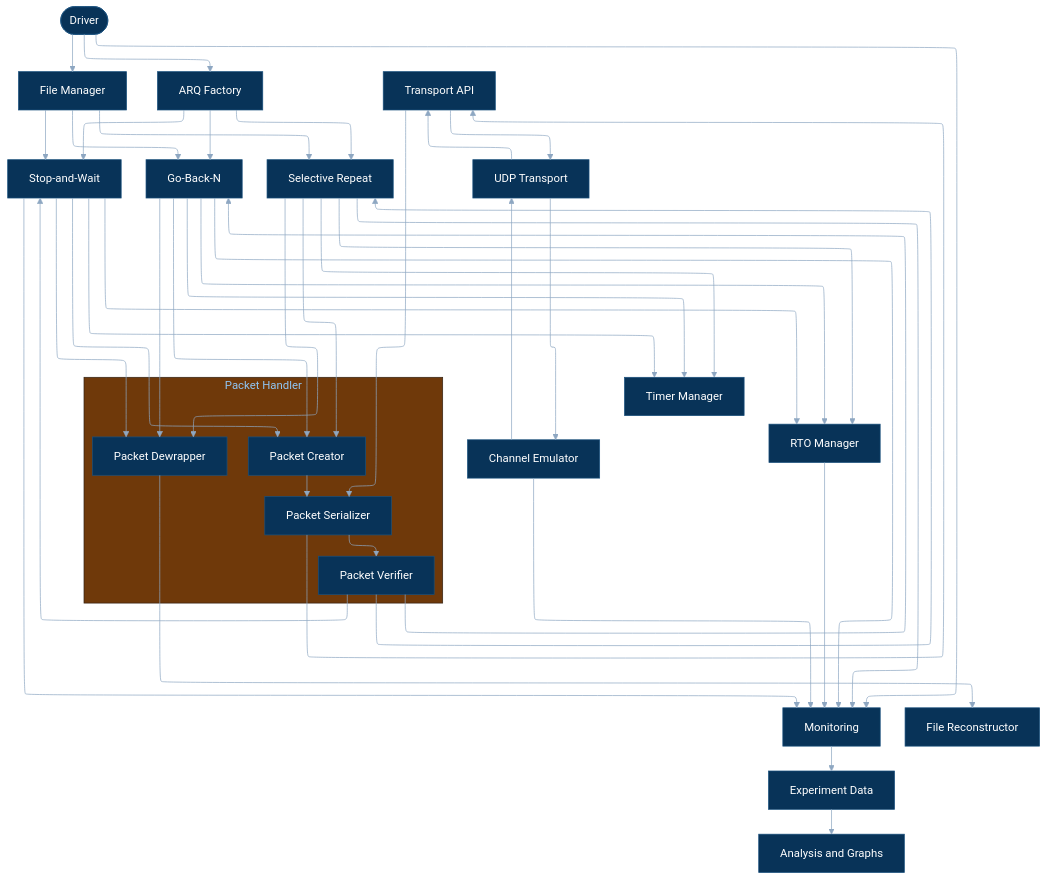
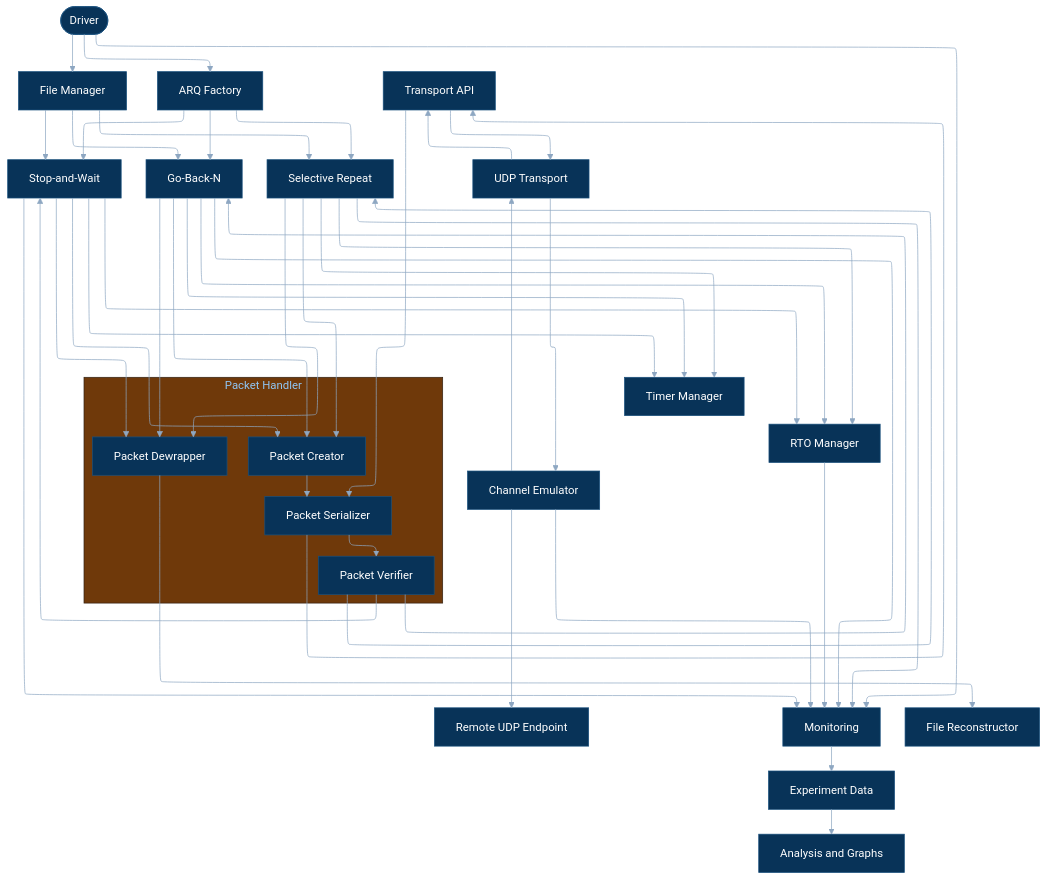
Before and after one commit to Siddharth-Nath-06/Reliable-UDP: the first of 9 diagrams in docs/architecture.md, drawn with Mermaid. The commit also changed other lines of this file, not shown here.

```diff
--- a/docs/architecture.md
+++ b/docs/architecture.md
@@ -37,6 +37,7 @@
     H[Transport API]
     I[UDP Transport]
     J[Channel Emulator]
+    J2[Remote UDP Endpoint]
 
     K[Timer Manager]
     L[RTO Manager]
@@ -69,6 +70,8 @@
     J --> I
     I --> H
 
+    J --> J2
+
     H --> C3
     C3 --> C2
 
```
